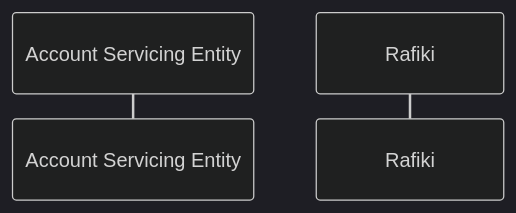
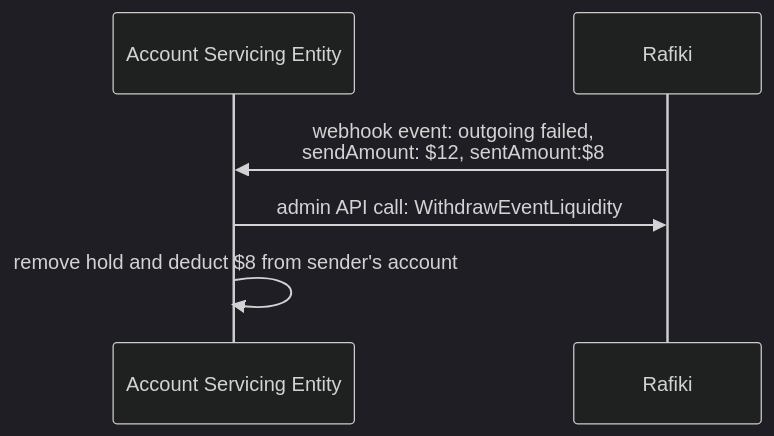
One commit to interledger/rafiki changed the sixth of 7 diagrams in packages/documentation/docs/integration/flow-of-funds.md. Above: the diagram before and after it, drawn with Mermaid (dark theme). The commit also changed other lines of this file, not shown here.

Commit message:
fix: commented out parts in mermaid code, rename B -> ASE

````diff
--- a/packages/documentation/docs/integration/flow-of-funds.md
+++ b/packages/documentation/docs/integration/flow-of-funds.md
@@ -93,10 +93,10 @@
 ```mermaid
 sequenceDiagram
 
-participant B as Account Servicing Entity
+participant ASE as Account Servicing Entity
 participant R as Rafiki
 
-%% R->>B: webhook event: outgoing failed,<br>sendAmount: $12, sentAmount:$8
-%% B->>R: admin API call: WithdrawEventLiquidity
-%% B->>B: remove hold and deduct $8 from sender's account
+R->>ASE: webhook event: outgoing failed,<br>sendAmount: $12, sentAmount:$8
+ASE->>R: admin API call: WithdrawEventLiquidity
+ASE->>ASE: remove hold and deduct $8 from sender's account
 ```
````
